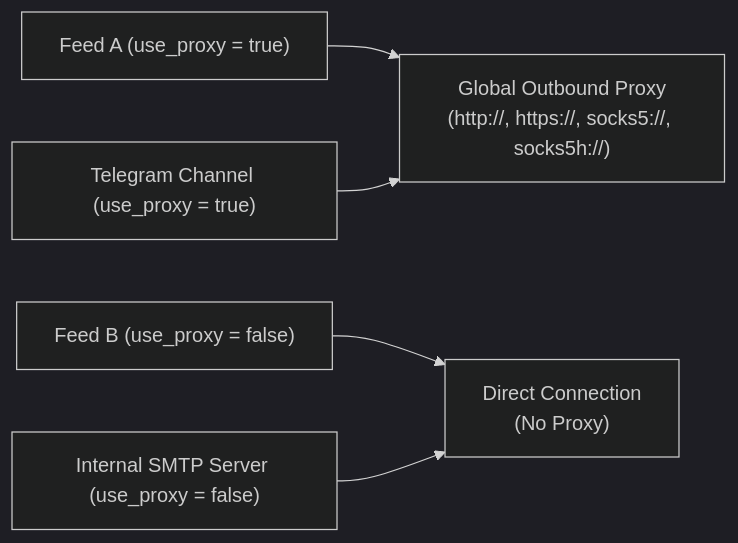
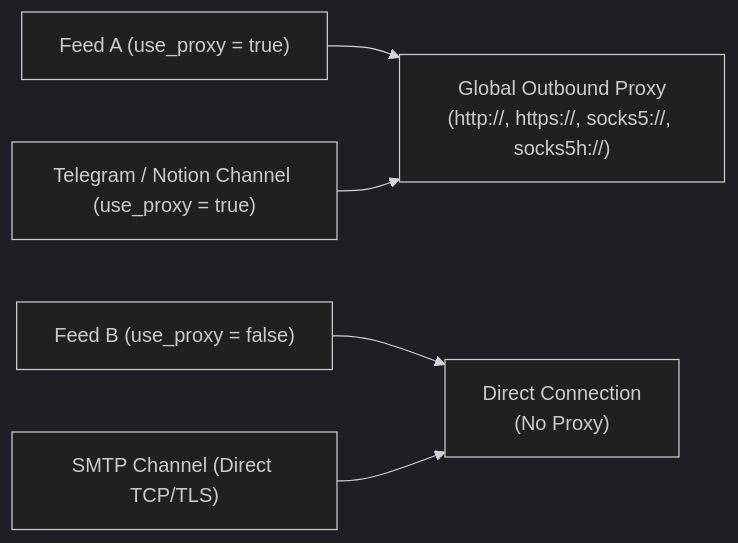
The diagram in docs/guide/configuration.md (ElleryHe/FeedCourier), drawn with Mermaid (dark theme) before and after one commit. The commit also changed other lines of this file and 93 other files, not shown here.

First line of the commit message:
release: v0.3.0 — plugin framework, YOURLS link rewrite, SMTP compliance, and Telegram polish (#24)

````diff
--- a/docs/guide/configuration.md
+++ b/docs/guide/configuration.md
@@ -45,10 +50,10 @@
 ```mermaid
 flowchart LR
     P["Global Outbound Proxy\n(http://, https://, socks5://, socks5h://)"]
     D["Direct Connection\n(No Proxy)"]
 
     F1["Feed A (use_proxy = true)"] --> P
     F2["Feed B (use_proxy = false)"] --> D
-    C1["Telegram Channel (use_proxy = true)"] --> P
-    C2["Internal SMTP Server (use_proxy = false)"] --> D
+    C1["Telegram / Notion Channel (use_proxy = true)"] --> P
+    C2["SMTP Channel (Direct TCP/TLS)"] --> D
 ```
````
